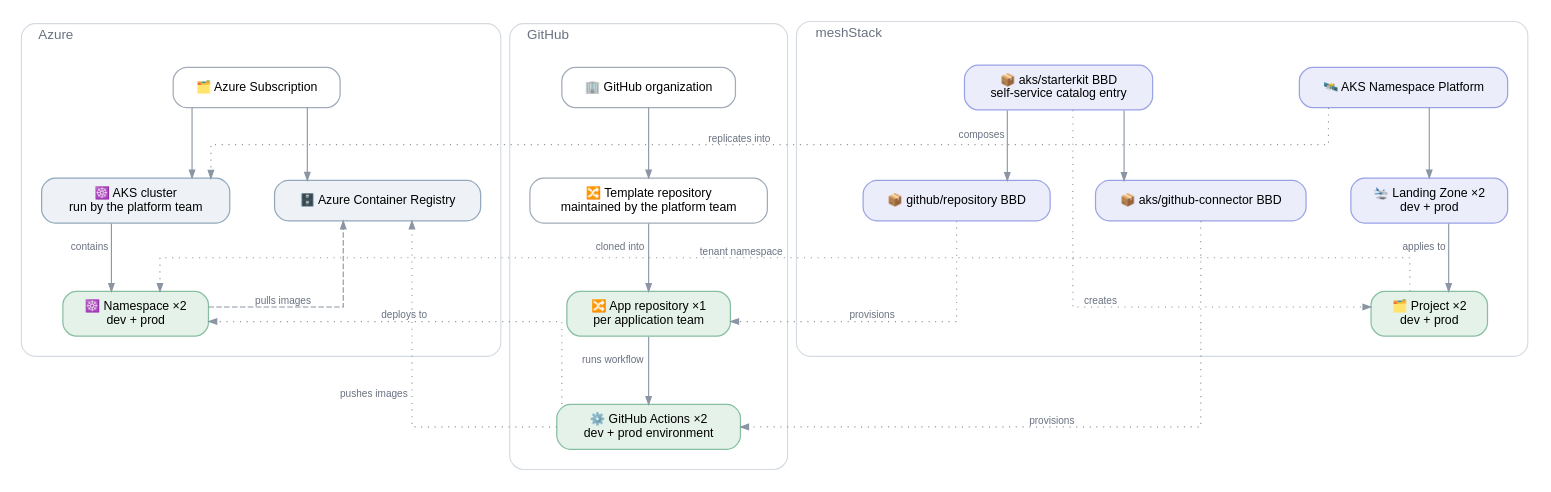
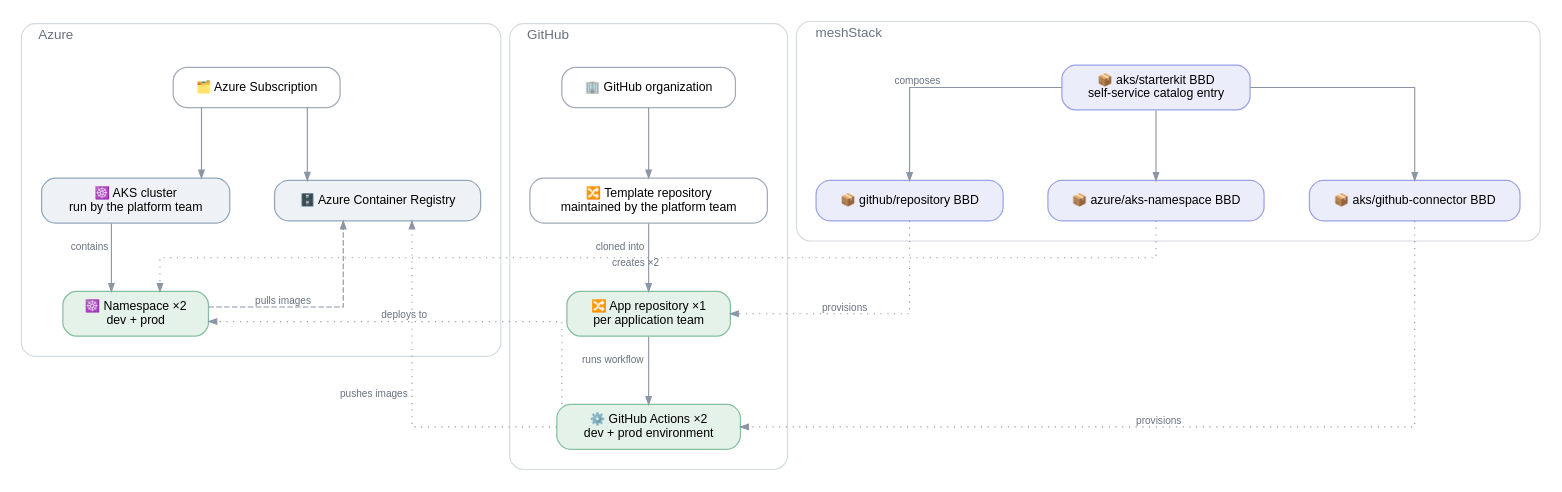
One commit to meshcloud/meshstack-hub changed the diagram in reference-architectures/azure-kubernetes/azure-kubernetes.dot. Above: the diagram before and after it, drawn with Graphviz. The commit also changed 2 other files, not shown here.

Commit message:
feat(azure-kubernetes)!: rebuild the reference architecture on workspace building blocks only
Drops the meshStack project, tenant, platform and landing zone from the
architecture and its diagram. The starterkit now orders azure/aks-namespace
and aks/github-connector blocks directly in the workspace.

```diff
--- a/reference-architectures/azure-kubernetes/azure-kubernetes.dot
+++ b/reference-architectures/azure-kubernetes/azure-kubernetes.dot
@@ -1,83 +1,78 @@
 /*
  * Azure Kubernetes reference architecture.
  * Conventions: .agents/references/diagrams.md — render with: task diagrams
  */
 digraph azure_kubernetes {
   rankdir=TB
   splines=ortho
   forcelabels=true
   bgcolor="white"
   nodesep=0.55
   ranksep=0.85
 
   node [shape=box style="rounded,filled" fontname="Helvetica" fontsize=11
         fillcolor="#ffffff" color="#a2abb8" penwidth=1.1 margin="0.20,0.11"]
   edge [fontname="Helvetica" fontsize=9 fontcolor="#697180" color="#8b95a3" arrowsize=0.7]
 
   subgraph cluster_azure {
     label="  Azure"
     labeljust=l
     fontname="Helvetica" fontsize=12 fontcolor="#697180"
     style="rounded" color="#d5dae0"
     margin=18
 
     SUB [label="🗂️ Azure Subscription" fillcolor="#ffffff" color="#a2abb8"]
     AKS [label="☸️ AKS cluster\nrun by the platform team" fillcolor="#eef2f6" color="#93a7bb"]
     ACR [label="🗄️ Azure Container Registry" fillcolor="#eef2f6" color="#93a7bb"]
     NS  [label="☸️ Namespace ×2\ndev + prod" fillcolor="#e5f2ea" color="#85bfa0"]
 
     { rank=same; AKS -> ACR [style=invis] }
 
     SUB -> AKS
     SUB -> ACR
     AKS -> NS [xlabel="contains"]
     NS  -> ACR [xlabel="pulls images" style=dashed constraint=false]
   }
 
   subgraph cluster_github {
     label="  GitHub"
     labeljust=l
     fontname="Helvetica" fontsize=12 fontcolor="#697180"
     style="rounded" color="#d5dae0"
     margin=18
 
     ORG  [label="🏢 GitHub organization" fillcolor="#ffffff" color="#a2abb8"]
     TPL  [label="🔀 Template repository\nmaintained by the platform team" fillcolor="#ffffff" color="#a2abb8"]
     REPO [label="🔀 App repository ×1\nper application team" fillcolor="#e5f2ea" color="#85bfa0"]
     GHA  [label="⚙️ GitHub Actions ×2\ndev + prod environment" fillcolor="#e5f2ea" color="#85bfa0"]
 
     ORG  -> TPL
     TPL  -> REPO [xlabel="cloned into"]
     REPO -> GHA  [xlabel="runs workflow"]
   }
 
   subgraph cluster_mesh {
     label="  meshStack"
     labeljust=l
     fontname="Helvetica" fontsize=12 fontcolor="#697180"
     style="rounded" color="#d5dae0"
     margin=18
 
-    PLAT  [label="🛰️ AKS Namespace Platform" fillcolor="#ecedfb" color="#9aa2e6"]
-    LZ    [label="🛬 Landing Zone ×2\ndev + prod" fillcolor="#ecedfb" color="#9aa2e6"]
-    PROJ  [label="🗂️ Project ×2\ndev + prod" fillcolor="#e5f2ea" color="#85bfa0"]
     BBD_S [label="📦 aks/starterkit BBD\nself-service catalog entry" fillcolor="#ecedfb" color="#9aa2e6"]
     BBD_R [label="📦 github/repository BBD" fillcolor="#ecedfb" color="#9aa2e6"]
+    BBD_N [label="📦 azure/aks-namespace BBD" fillcolor="#ecedfb" color="#9aa2e6"]
     BBD_C [label="📦 aks/github-connector BBD" fillcolor="#ecedfb" color="#9aa2e6"]
 
-    { rank=same; BBD_R -> BBD_C [style=invis] }
+    { rank=same; BBD_R -> BBD_N -> BBD_C [style=invis] }
 
-    PLAT  -> LZ
-    LZ    -> PROJ  [xlabel="applies to"]
     BBD_S -> BBD_R [xlabel="composes"]
+    BBD_S -> BBD_N
     BBD_S -> BBD_C
-    BBD_S -> PROJ  [xlabel="creates" style=dotted constraint=false]
   }
 
-  PLAT  -> AKS [xlabel="replicates into" style=dotted constraint=false]
-  PROJ  -> NS  [xlabel="tenant namespace" style=dotted constraint=false]
+  BBD_N -> NS  [xlabel="creates ×2" style=dotted constraint=false]
   BBD_R -> REPO [xlabel="provisions" style=dotted constraint=false]
   BBD_C -> GHA [xlabel="provisions" style=dotted constraint=false]
   GHA   -> ACR [xlabel="pushes images" style=dotted constraint=false]
   GHA   -> NS  [xlabel="deploys to" style=dotted constraint=false]
 }
```
